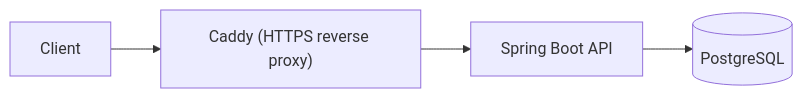
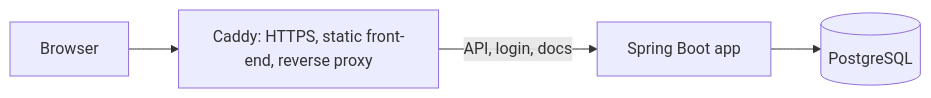
One commit to rszabadi/Vehicle-inventory-API changed the diagram in README.md. Above: the diagram before and after it, drawn with Mermaid. The commit also changed other lines of this file and 7 other files, not shown here.

````diff
--- a/README.md
+++ b/README.md
@@ -138,6 +182,6 @@
 ```mermaid
 flowchart LR
-    Client --> Caddy["Caddy (HTTPS reverse proxy)"]
-    Caddy --> App["Spring Boot API"]
+    Browser --> Caddy["Caddy: HTTPS, static front-end, reverse proxy"]
+    Caddy -->|"API, login, docs"| App["Spring Boot app"]
     App --> DB[("PostgreSQL")]
 ```
````
